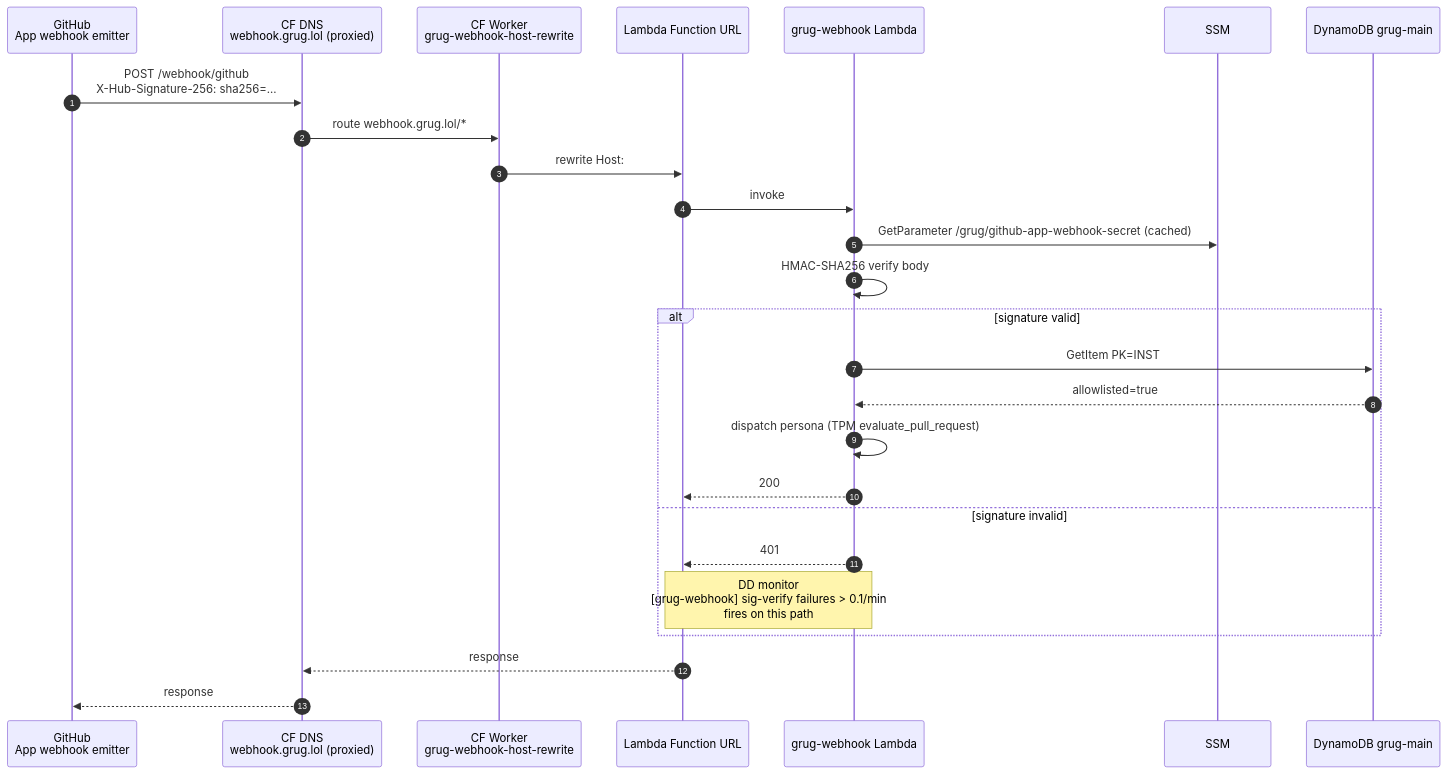
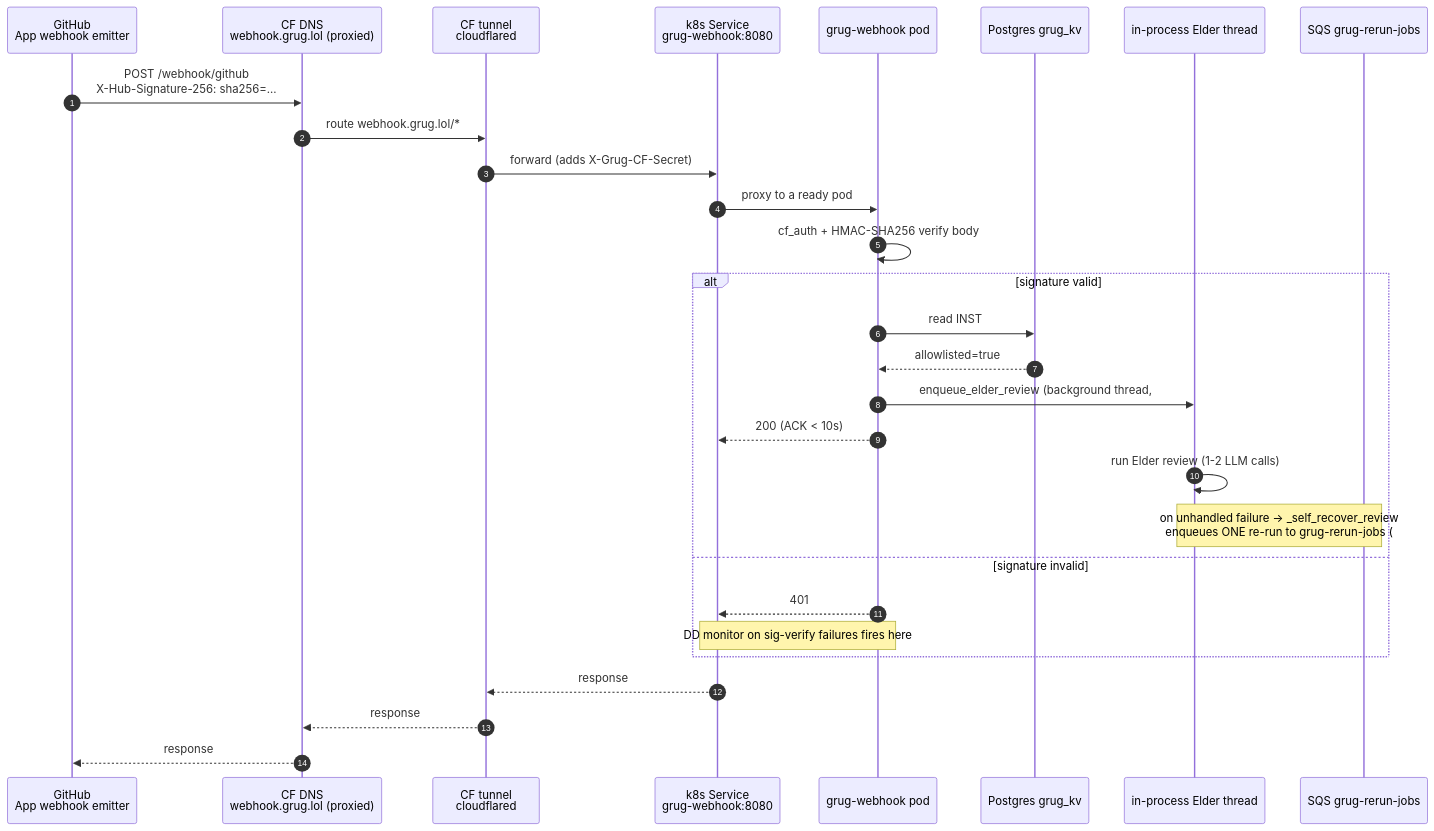
The third of 6 diagrams in docs/NETWORK-TOPOLOGY.md (quadseven/grug), drawn with Mermaid before and after one commit. The commit also changed other lines of this file, not shown here.

First line of the commit message:
docs(grug): rewrite NETWORK-TOPOLOGY for the k8s/tunnel/CNPG/SQS runtime

````diff
--- a/docs/NETWORK-TOPOLOGY.md
+++ b/docs/NETWORK-TOPOLOGY.md
@@ -107,29 +136,32 @@
 ```mermaid
 sequenceDiagram
     autonumber
     participant GH as GitHub<br/>App webhook emitter
     participant CFDNS as CF DNS<br/>webhook.grug.lol (proxied)
-    participant Worker as CF Worker<br/>grug-webhook-host-rewrite
-    participant FURL as Lambda Function URL
-    participant WH as grug-webhook Lambda
-    participant SSM
-    participant DDB as DynamoDB grug-main
+    participant Tunnel as CF tunnel<br/>cloudflared
+    participant SVC as k8s Service<br/>grug-webhook:8080
+    participant WH as grug-webhook pod
+    participant PG as Postgres grug_kv
+    participant Thread as in-process Elder thread
+    participant SQS as SQS grug-rerun-jobs
 
     GH->>CFDNS: POST /webhook/github<br/>X-Hub-Signature-256: sha256=...
-    CFDNS->>Worker: route webhook.grug.lol/*
-    Worker->>FURL: rewrite Host:
-    FURL->>WH: invoke
-    WH->>SSM: GetParameter /grug/github-app-webhook-secret (cached)
-    WH->>WH: HMAC-SHA256 verify body
+    CFDNS->>Tunnel: route webhook.grug.lol/*
+    Tunnel->>SVC: forward (adds X-Grug-CF-Secret)
+    SVC->>WH: proxy to a ready pod
+    WH->>WH: cf_auth + HMAC-SHA256 verify body
     alt signature valid
-        WH->>DDB: GetItem PK=INST#<id> (allowlist check)
-        DDB-->>WH: allowlisted=true
-        WH->>WH: dispatch persona (TPM evaluate_pull_request)
-        WH-->>FURL: 200
+        WH->>PG: read INST#<id> (allowlist check)
+        PG-->>WH: allowlisted=true
+        WH->>Thread: enqueue_elder_review (background thread, #368)
+        WH-->>SVC: 200 (ACK < 10s)
+        Thread->>Thread: run Elder review (1-2 LLM calls)
+        Note over Thread,SQS: on unhandled failure -> _self_recover_review<br/>enqueues ONE re-run to grug-rerun-jobs (#418)
     else signature invalid
-        WH-->>FURL: 401
-        Note over WH,FURL: DD monitor<br/>[grug-webhook] sig-verify failures > 0.1/min<br/>fires on this path
+        WH-->>SVC: 401
+        Note over WH,SVC: DD monitor on sig-verify failures fires here
     end
-    FURL-->>CFDNS: response
+    SVC-->>Tunnel: response
+    Tunnel-->>CFDNS: response
     CFDNS-->>GH: response
 ```
````
